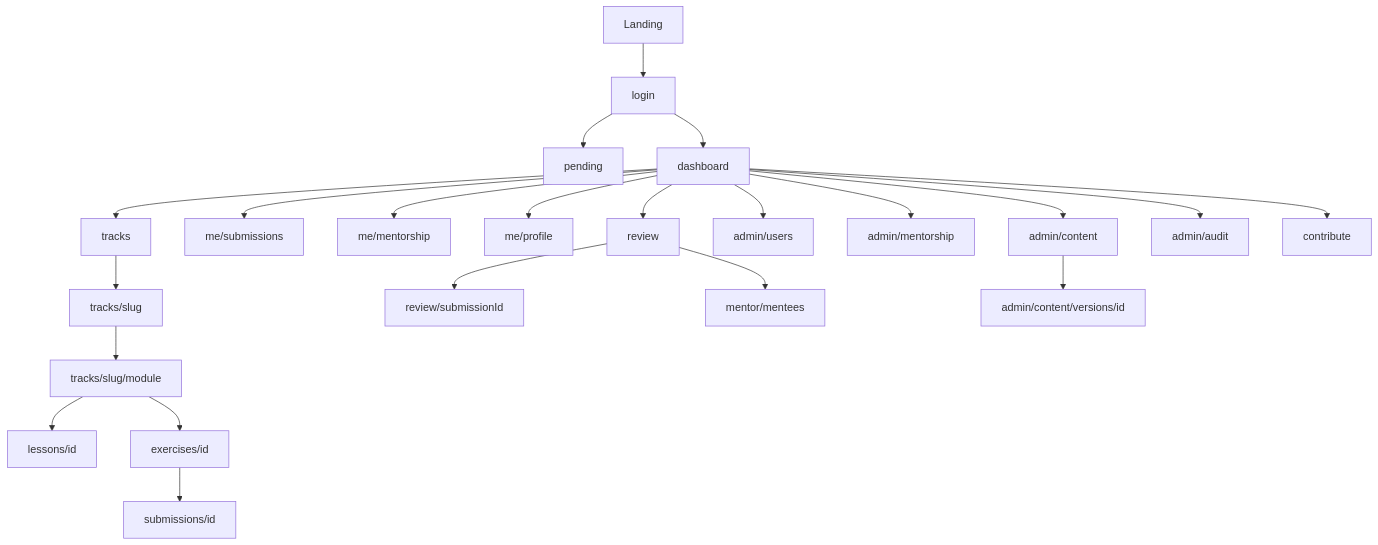
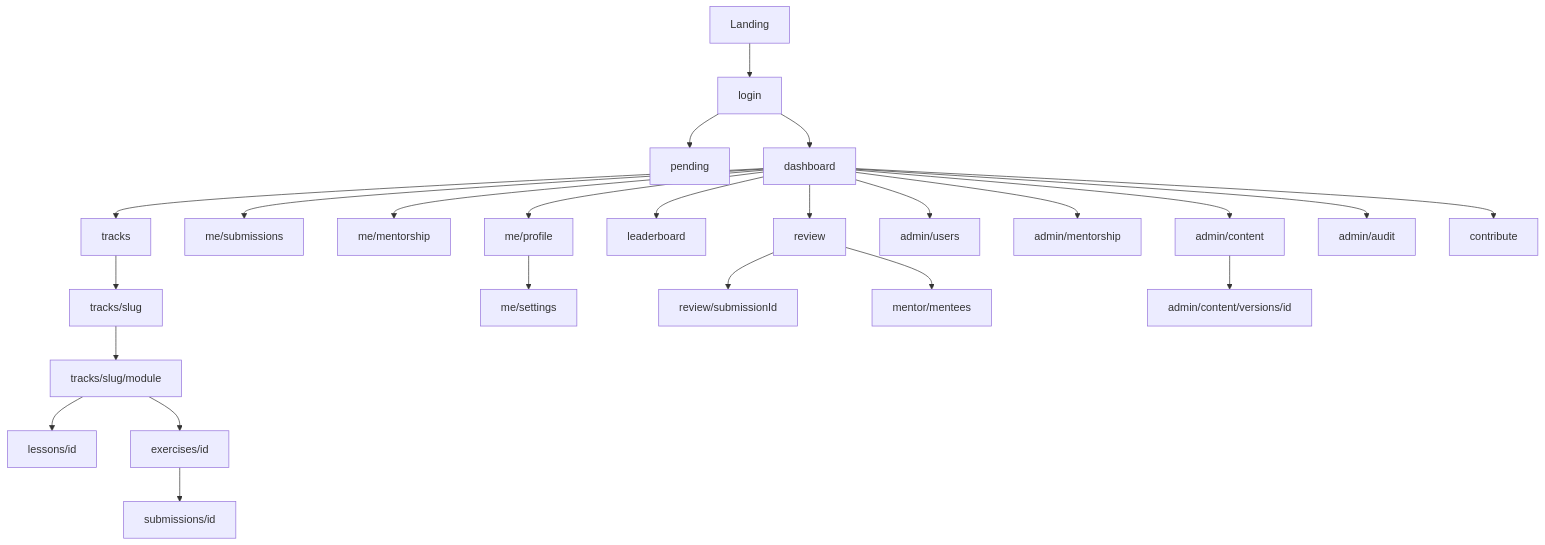
The diagram in docs/product/INFORMATION-ARCHITECTURE.md (hcmute-dsc/learning-hub-docs), drawn with Mermaid before and after one commit. The commit also changed other lines of this file and 10 other files, not shown here.

````diff
--- a/docs/product/INFORMATION-ARCHITECTURE.md
+++ b/docs/product/INFORMATION-ARCHITECTURE.md
@@ -17,39 +17,42 @@
 ```mermaid
 flowchart TD
   Home[" Landing"]
   Login["login"]
   Pending["pending"]
   Dash["dashboard"]
   Tracks["tracks"]
   Track["tracks/slug"]
   Module["tracks/slug/module"]
   Lesson["lessons/id"]
   Exercise["exercises/id"]
   Sub["submissions/id"]
   MySubs["me/submissions"]
   MyMentor["me/mentorship"]
   Profile["me/profile"]
+  Settings["me/settings"]
+  Leader["leaderboard"]
   Review["review"]
   ReviewOne["review/submissionId"]
   Mentees["mentor/mentees"]
   AdminUsers["admin/users"]
   AdminMentor["admin/mentorship"]
   AdminContent["admin/content"]
   AdminVer["admin/content/versions/id"]
   AdminAudit["admin/audit"]
   Contribute["contribute"]
   Home --> Login --> Pending
   Login --> Dash
   Dash --> Tracks --> Track --> Module --> Lesson
   Module --> Exercise --> Sub
   Dash --> MySubs
   Dash --> MyMentor
-  Dash --> Profile
+  Dash --> Profile --> Settings
+  Dash --> Leader
   Dash --> Review --> ReviewOne
   Review --> Mentees
   Dash --> AdminUsers
   Dash --> AdminMentor
   Dash --> AdminContent --> AdminVer
   Dash --> AdminAudit
   Dash --> Contribute
 ```
````
